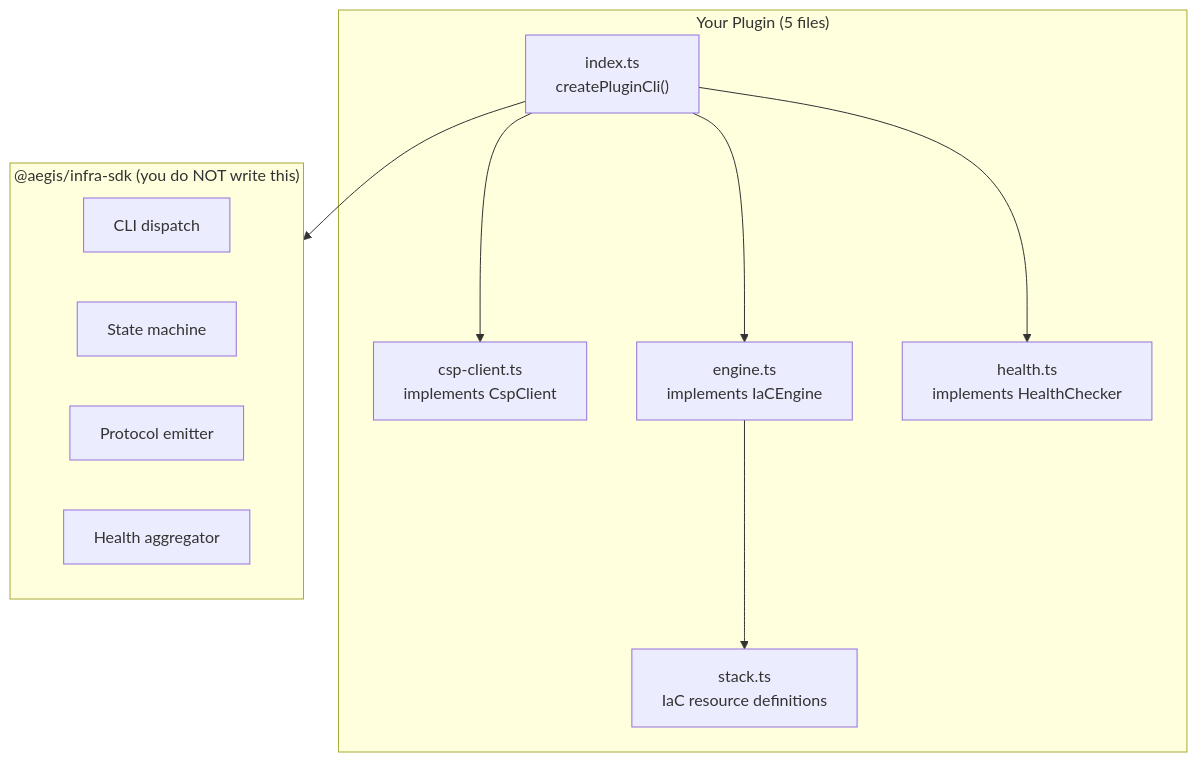
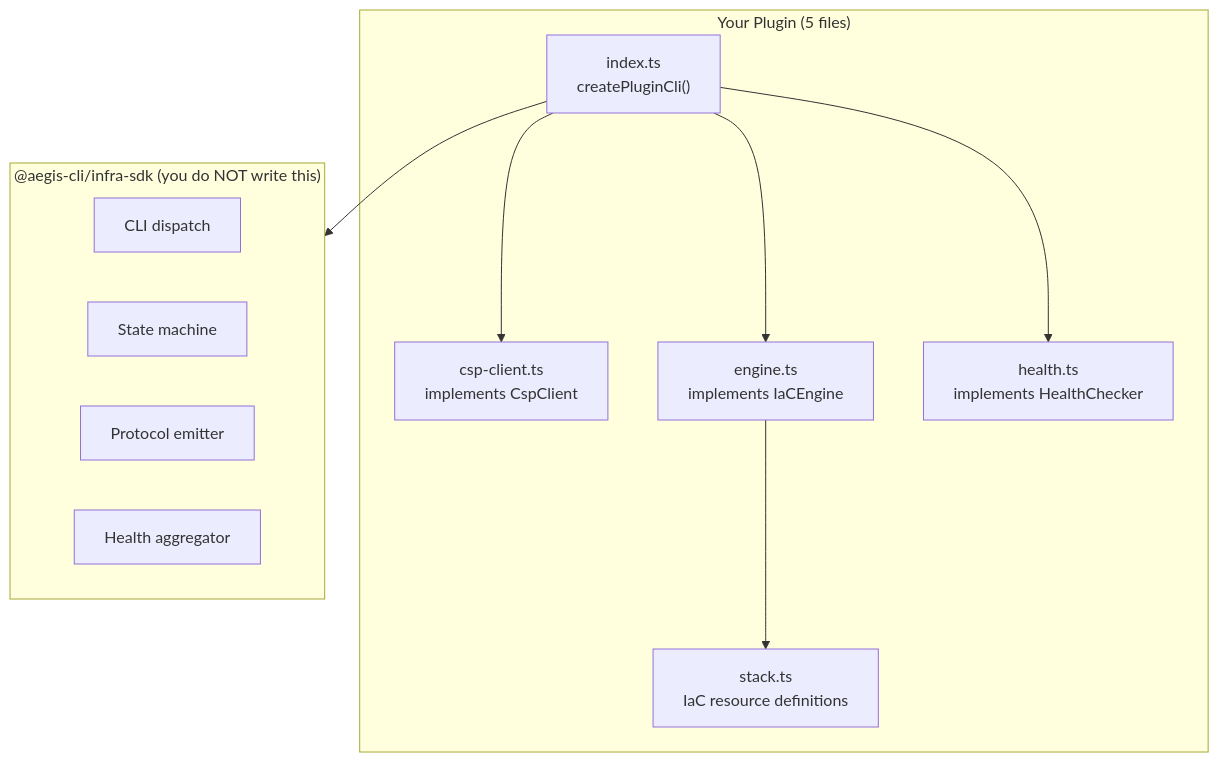
One commit to rtmx-ai/aegis-infra-sdk changed the second of 3 diagrams in PLUGIN_GUIDE.md. Above: the diagram before and after it, drawn with Mermaid. The commit also changed other lines of this file and 10 other files, not shown here.

First line of the commit message:
Rename npm scope from @aegis to @aegis-cli

````diff
--- a/PLUGIN_GUIDE.md
+++ b/PLUGIN_GUIDE.md
@@ -102,23 +102,23 @@
 ```mermaid
 flowchart TB
     subgraph Plugin ["Your Plugin (5 files)"]
         Index["index.ts\ncreatePluginCli()"]
         Client["csp-client.ts\nimplements CspClient"]
         Engine["engine.ts\nimplements IaCEngine"]
         Health["health.ts\nimplements HealthChecker"]
         Stack["stack.ts\nIaC resource definitions"]
     end
 
-    subgraph SDK ["@aegis/infra-sdk (you do NOT write this)"]
+    subgraph SDK ["@aegis-cli/infra-sdk (you do NOT write this)"]
         CLI["CLI dispatch"]
         SM["State machine"]
         Proto["Protocol emitter"]
         Agg["Health aggregator"]
     end
 
     Index --> SDK
     Index --> Client
     Index --> Engine
     Index --> Health
     Engine --> Stack
 ```
````
